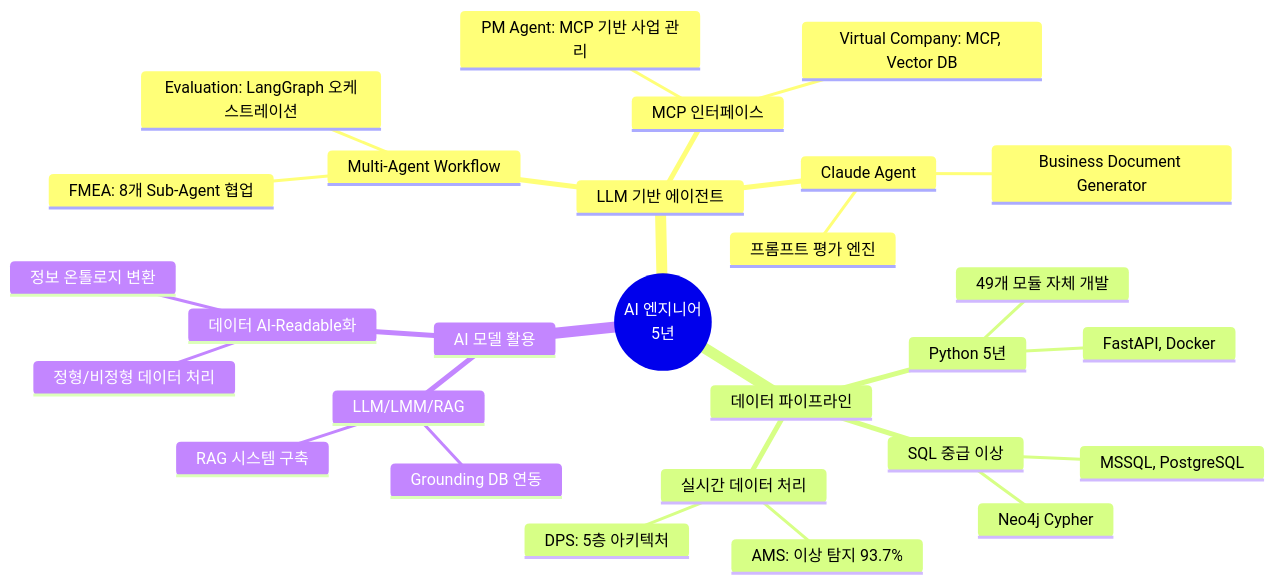
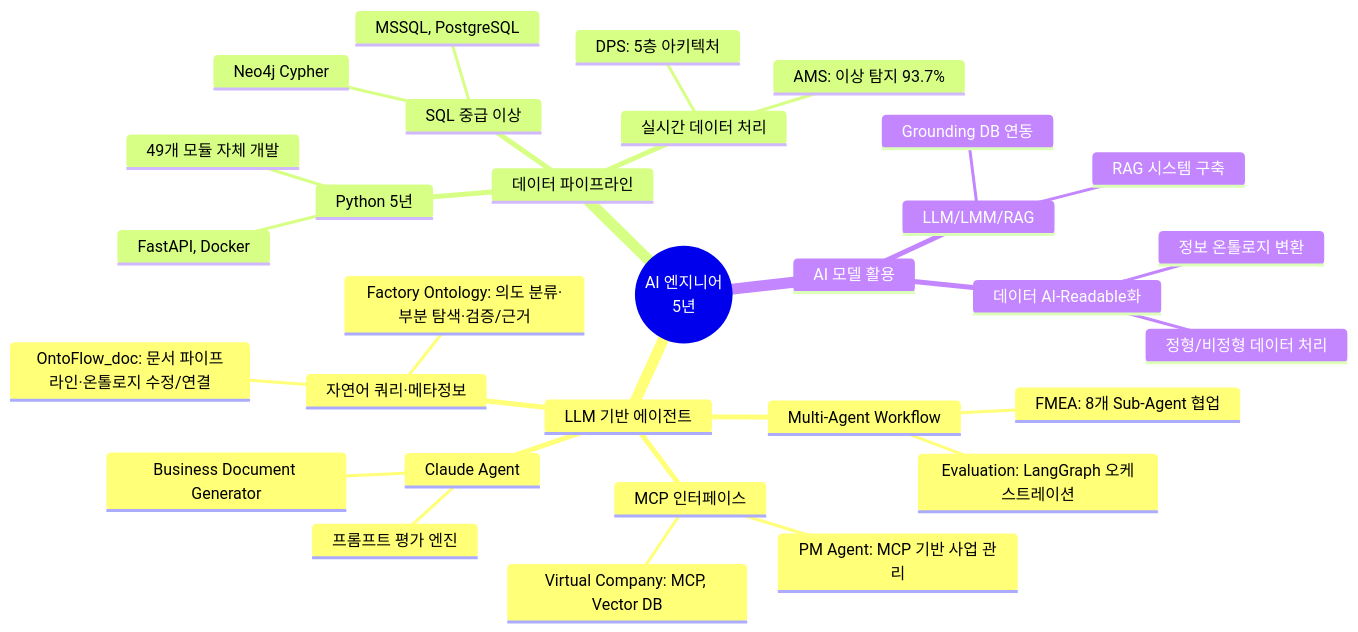
Before and after one commit to moobaek/Testing_AI_agents_for_public_use: the second of 4 diagrams in portfolio/portfolio_docs/assets/LG전자/권순룡_이력서_LG전자_AI_엔지니어.md, drawn with Mermaid. The commit also changed other lines of this file and 11 other files, not shown here.

First line of the commit message:
docs(portfolio): 퇴사일·입사일·OPIc 반영, Factory/OntoFlow 보강, LG전자 assets 업데이트

````diff
--- a/portfolio/portfolio_docs/assets/LG전자/권순룡_이력서_LG전자_AI_엔지니어.md
+++ b/portfolio/portfolio_docs/assets/LG전자/권순룡_이력서_LG전자_AI_엔지니어.md
@@ -50,31 +52,34 @@
 ```mermaid
 mindmap
   root((AI 엔지니어<br/>5년))
     LLM 기반 에이전트
       Multi-Agent Workflow
         FMEA: 8개 Sub-Agent 협업
         Evaluation: LangGraph 오케스트레이션
       MCP 인터페이스
         PM Agent: MCP 기반 사업 관리
         Virtual Company: MCP, Vector DB
       Claude Agent
         Business Document Generator
         프롬프트 평가 엔진
+      자연어 쿼리·메타정보
+        Factory Ontology: 의도 분류·부분 탐색·검증/근거
+        OntoFlow_doc: 문서 파이프라인·온톨로지 수정/연결
     데이터 파이프라인
       Python 5년
         49개 모듈 자체 개발
         FastAPI, Docker
       SQL 중급 이상
         MSSQL, PostgreSQL
         Neo4j Cypher
       실시간 데이터 처리
         DPS: 5층 아키텍처
         AMS: 이상 탐지 93.7%
     AI 모델 활용
       LLM/LMM/RAG
         RAG 시스템 구축
         Grounding DB 연동
       데이터 AI-Readable화
         정형/비정형 데이터 처리
         정보 온톨로지 변환
 ```
````
